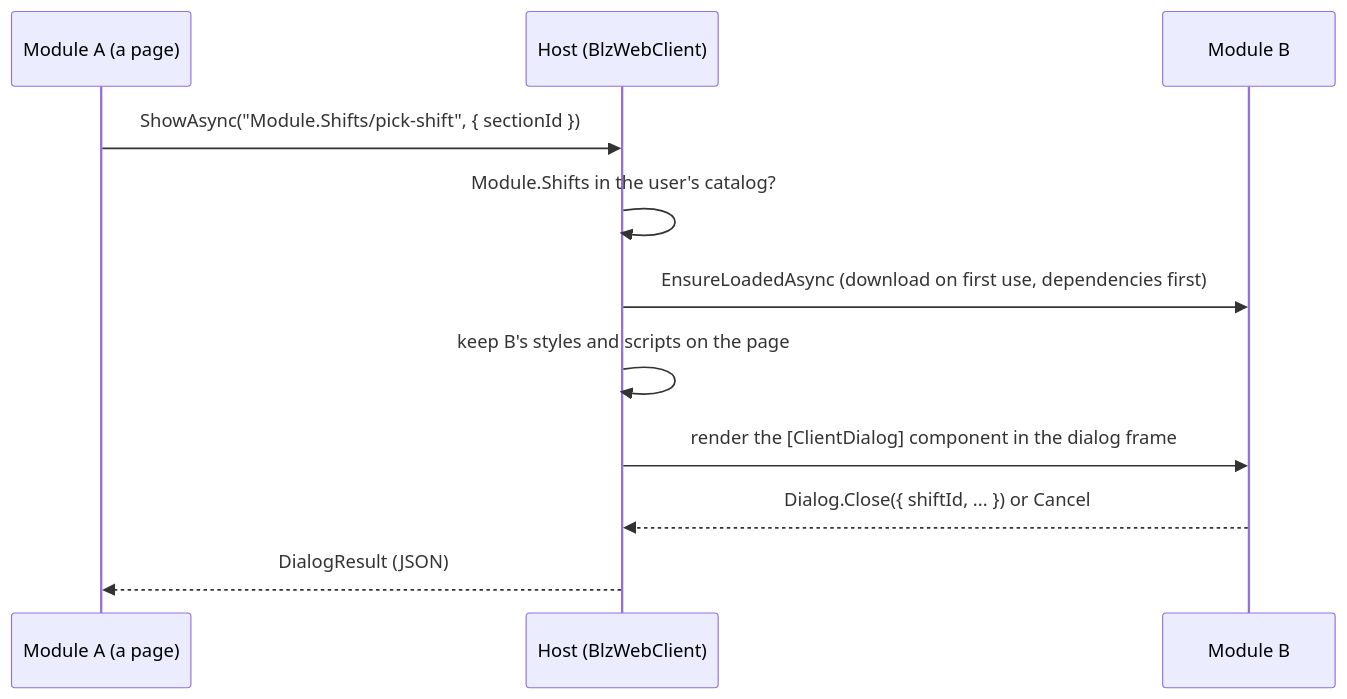
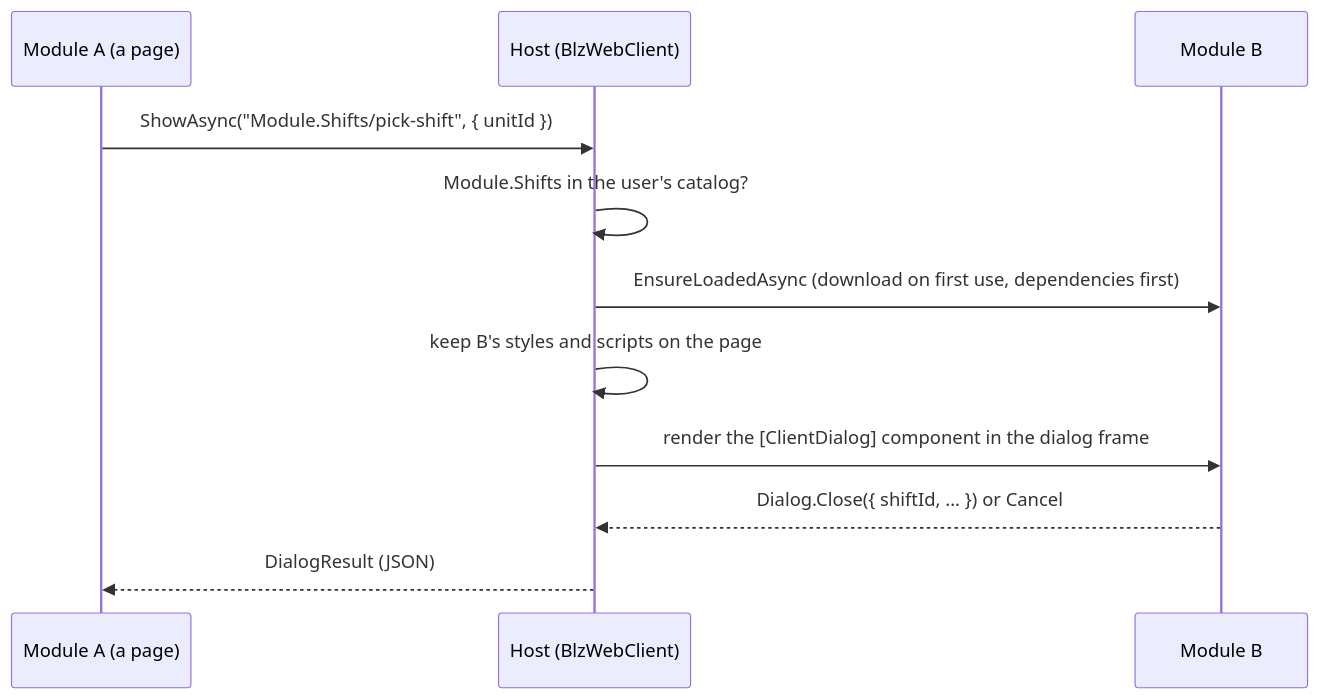
Before and after one commit to soft-square-net/ModularBlazor.Platform: the diagram in docs/astro-modular-blazor-docs/curved-chasm/src/content/docs/ar/guides/module-dialogs.md, drawn with Mermaid. The commit also changed other lines of this file and 31 other files, not shown here.

````diff
--- a/docs/astro-modular-blazor-docs/curved-chasm/src/content/docs/ar/guides/module-dialogs.md
+++ b/docs/astro-modular-blazor-docs/curved-chasm/src/content/docs/ar/guides/module-dialogs.md
@@ -12,13 +12,13 @@
 ```mermaid
 sequenceDiagram
     participant A as Module A (a page)
     participant H as Host (BlzWebClient)
     participant B as Module B
-    A->>H: ShowAsync("Module.Shifts/pick-shift", { sectionId })
+    A->>H: ShowAsync("Module.Shifts/pick-shift", { unitId })
     H->>H: Module.Shifts in the user's catalog?
     H->>B: EnsureLoadedAsync (download on first use, dependencies first)
     H->>H: keep B's styles and scripts on the page
     H->>B: render the [ClientDialog] component in the dialog frame
     B-->>H: Dialog.Close({ shiftId, ... }) or Cancel
     H-->>A: DialogResult (JSON)
 ```
````
